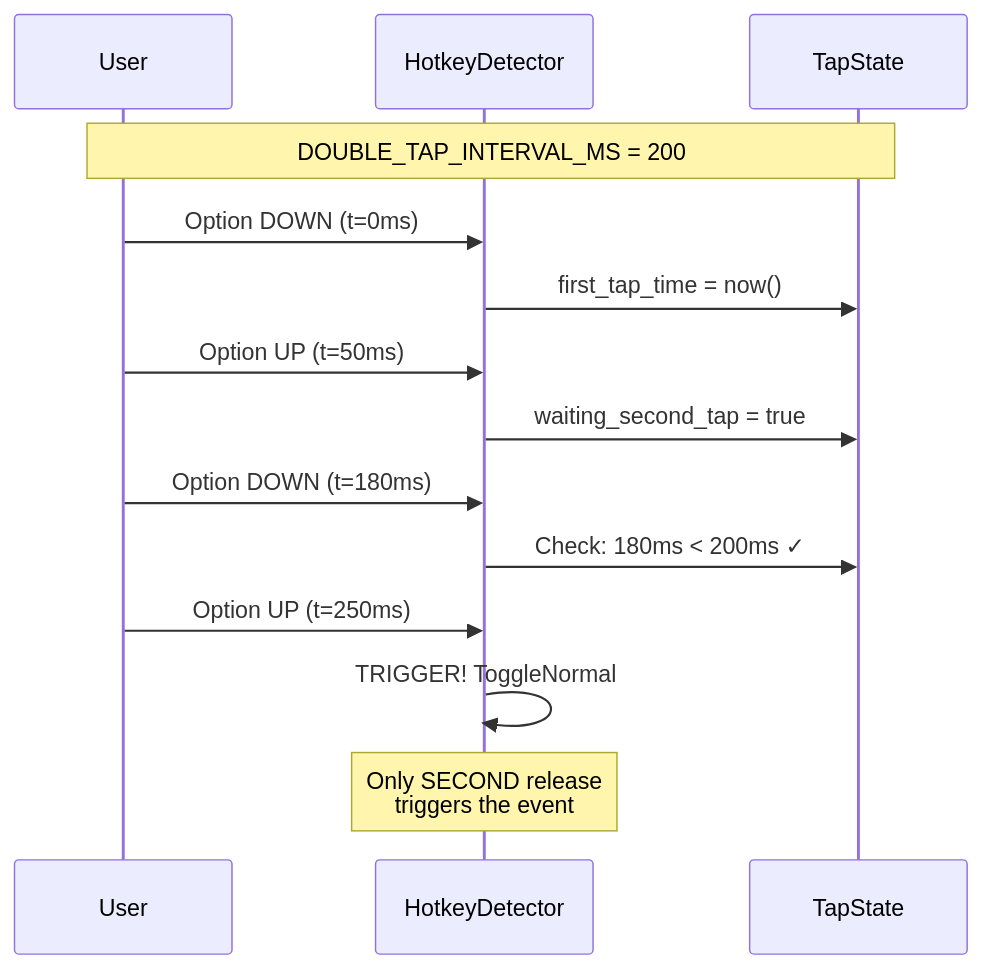
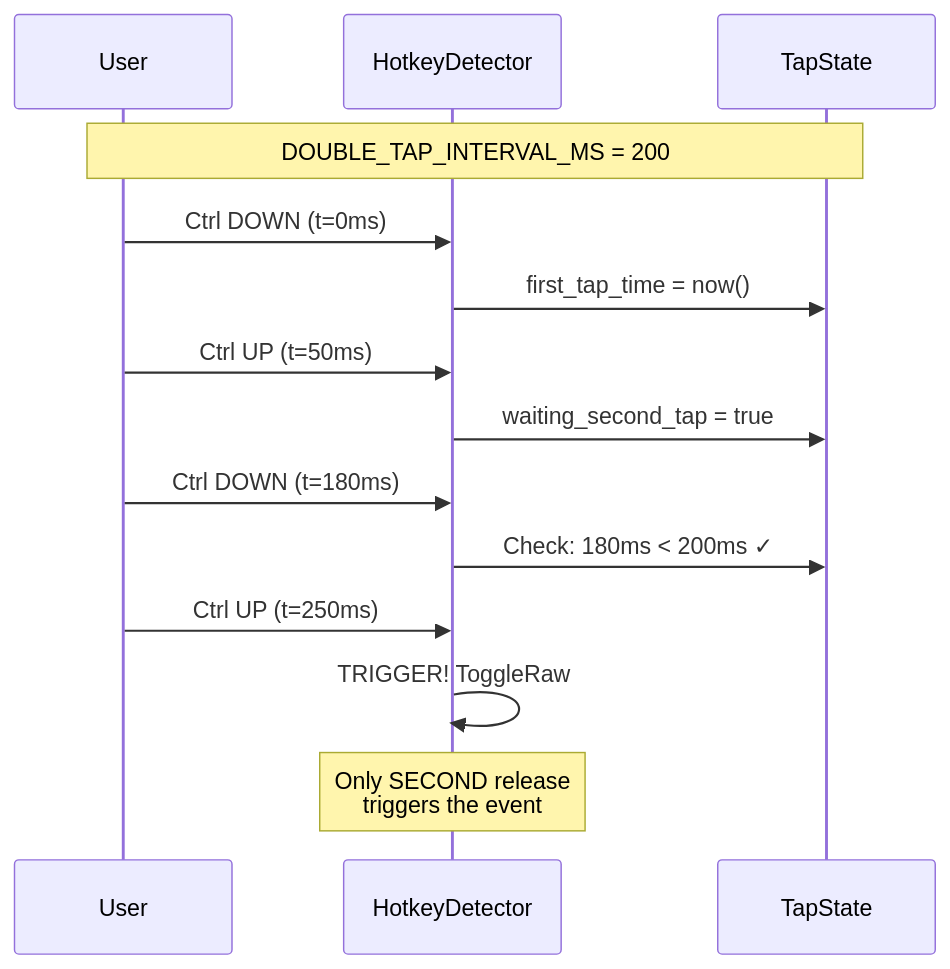
The sixth of 6 diagrams in docs/HOTKEYS_CONTRACT.md (vetcoders/codescribe), drawn with Mermaid before and after one commit. The commit also changed other lines of this file and 38 other files, not shown here.

````diff
--- a/docs/HOTKEYS_CONTRACT.md
+++ b/docs/HOTKEYS_CONTRACT.md
@@ -786,22 +780,22 @@
 ```mermaid
 sequenceDiagram
     participant User
     participant Detector as HotkeyDetector
     participant State as TapState
 
     Note over User,State: DOUBLE_TAP_INTERVAL_MS = 200
 
-    User->>Detector: Option DOWN (t=0ms)
+    User->>Detector: Ctrl DOWN (t=0ms)
     Detector->>State: first_tap_time = now()
 
-    User->>Detector: Option UP (t=50ms)
+    User->>Detector: Ctrl UP (t=50ms)
     Detector->>State: waiting_second_tap = true
 
-    User->>Detector: Option DOWN (t=180ms)
+    User->>Detector: Ctrl DOWN (t=180ms)
     Detector->>State: Check: 180ms < 200ms ✓
 
-    User->>Detector: Option UP (t=250ms)
-    Detector->>Detector: TRIGGER! ToggleNormal
+    User->>Detector: Ctrl UP (t=250ms)
+    Detector->>Detector: TRIGGER! ToggleRaw
 
     Note over Detector: Only SECOND release<br/>triggers the event
 ```
````
